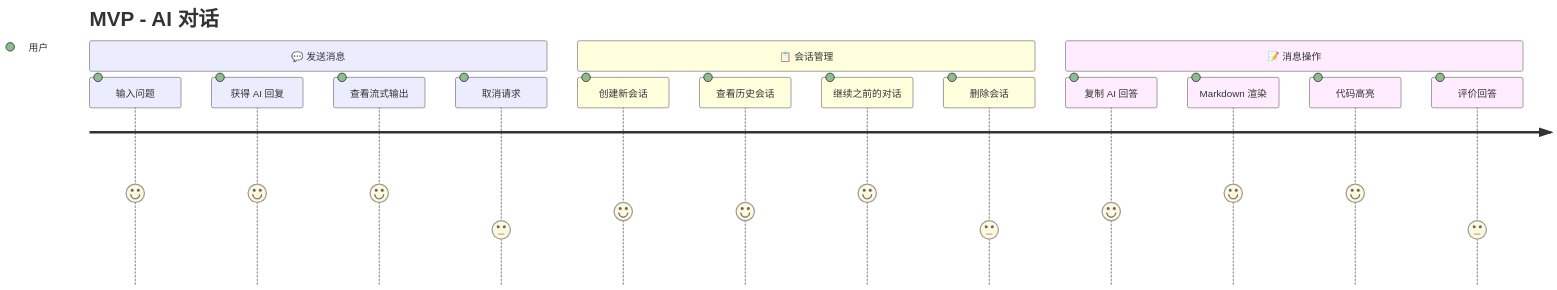
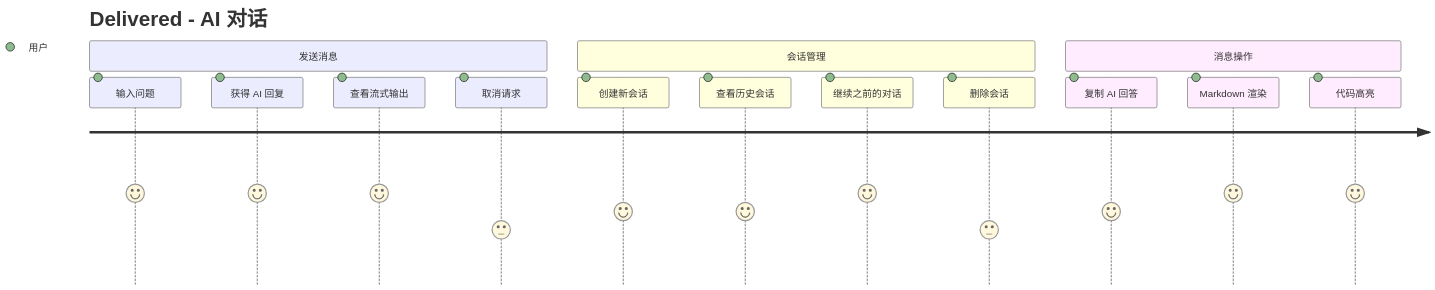
The second of 14 diagrams in docs/User-Story-Map.md (felixzhu97/explore-ai), drawn with Mermaid before and after one commit. The commit also changed other lines of this file and 13 other files, not shown here.

````diff
--- a/docs/User-Story-Map.md
+++ b/docs/User-Story-Map.md
@@ -37,19 +44,18 @@
 ```mermaid
 journey
-    title MVP - AI 对话
-    section 💬 发送消息
+    title Delivered - AI 对话
+    section 发送消息
         输入问题: 5: 用户
         获得 AI 回复: 5: 用户
         查看流式输出: 5: 用户
         取消请求: 3: 用户
-    section 📋 会话管理
+    section 会话管理
         创建新会话: 4: 用户
         查看历史会话: 4: 用户
         继续之前的对话: 5: 用户
         删除会话: 3: 用户
-    section 📝 消息操作
+    section 消息操作
         复制 AI 回答: 4: 用户
         Markdown 渲染: 5: 用户
         代码高亮: 5: 用户
-        评价回答: 3: 用户
 ```
````
